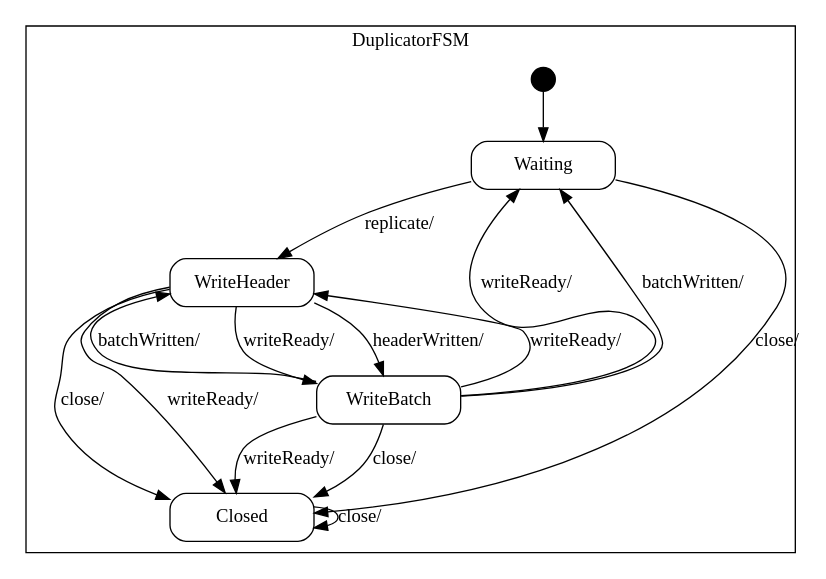
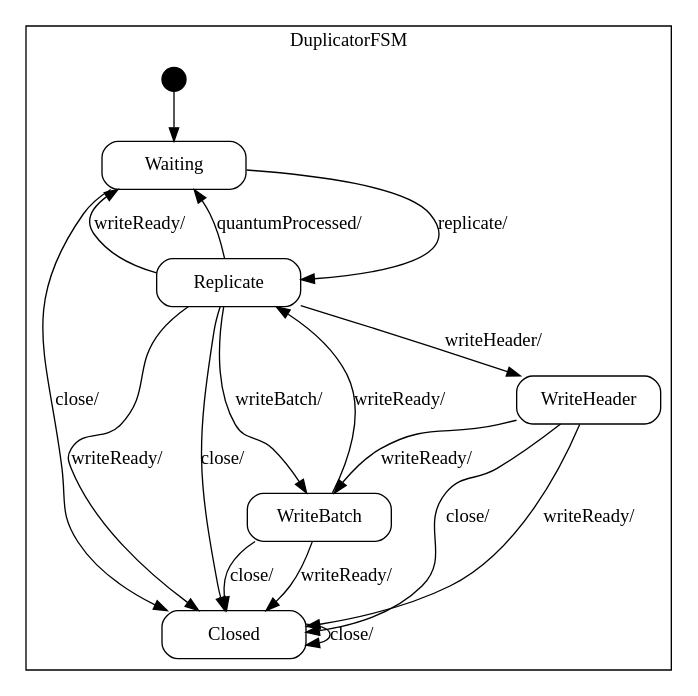
Before and after one commit to vmehra-sfdc/Ouroboros: the diagram in spindle/doc/Duplicator_sm.dot, drawn with Graphviz. The commit also changed 16 other files, not shown here.

```diff
--- a/spindle/doc/Duplicator_sm.dot
+++ b/spindle/doc/Duplicator_sm.dot
@@ -1,75 +1,84 @@
 digraph Duplicator {
 
     node
         [shape=Mrecord width=1.5];
 
     subgraph cluster_DuplicatorFSM {
 
         label="DuplicatorFSM";
 
         //
         // States (Nodes)
         //
 
         "DuplicatorFSM::Waiting"
             [label="{Waiting}"];
+
+        "DuplicatorFSM::Replicate"
+            [label="{Replicate}"];
 
         "DuplicatorFSM::WriteHeader"
             [label="{WriteHeader}"];
 
         "DuplicatorFSM::WriteBatch"
             [label="{WriteBatch}"];
 
         "DuplicatorFSM::Closed"
             [label="{Closed}"];
 
         "%start"
             [label="" shape=circle style=filled fillcolor=black width=0.25];
 
         //
         // Transitions (Edges)
         //
 
-        "DuplicatorFSM::Waiting" -> "DuplicatorFSM::WriteHeader"
+        "DuplicatorFSM::Waiting" -> "DuplicatorFSM::Replicate"
             [label="replicate/\l"];
 
         "DuplicatorFSM::Waiting" -> "DuplicatorFSM::Closed"
+            [label="close/\l"];
+
+        "DuplicatorFSM::Replicate" -> "DuplicatorFSM::Closed"
+            [label="writeReady/\l"];
+
+        "DuplicatorFSM::Replicate" -> "DuplicatorFSM::Waiting"
+            [label="writeReady/\l"];
+
+        "DuplicatorFSM::Replicate" -> "DuplicatorFSM::WriteHeader"
+            [label="writeHeader/\l"];
+
+        "DuplicatorFSM::Replicate" -> "DuplicatorFSM::WriteBatch"
+            [label="writeBatch/\l"];
+
+        "DuplicatorFSM::Replicate" -> "DuplicatorFSM::Waiting"
+            [label="quantumProcessed/\l"];
+
+        "DuplicatorFSM::Replicate" -> "DuplicatorFSM::Closed"
             [label="close/\l"];
 
         "DuplicatorFSM::WriteHeader" -> "DuplicatorFSM::Closed"
             [label="writeReady/\l"];
 
         "DuplicatorFSM::WriteHeader" -> "DuplicatorFSM::WriteBatch"
             [label="writeReady/\l"];
 
-        "DuplicatorFSM::WriteHeader" -> "DuplicatorFSM::WriteBatch"
-            [label="headerWritten/\l"];
-
         "DuplicatorFSM::WriteHeader" -> "DuplicatorFSM::Closed"
             [label="close/\l"];
 
         "DuplicatorFSM::WriteBatch" -> "DuplicatorFSM::Closed"
             [label="writeReady/\l"];
 
-        "DuplicatorFSM::WriteBatch" -> "DuplicatorFSM::WriteHeader"
+        "DuplicatorFSM::WriteBatch" -> "DuplicatorFSM::Replicate"
             [label="writeReady/\l"];
-
-        "DuplicatorFSM::WriteBatch" -> "DuplicatorFSM::Waiting"
-            [label="writeReady/\l"];
-
-        "DuplicatorFSM::WriteBatch" -> "DuplicatorFSM::WriteHeader"
-            [label="batchWritten/\l"];
-
-        "DuplicatorFSM::WriteBatch" -> "DuplicatorFSM::Waiting"
-            [label="batchWritten/\l"];
 
         "DuplicatorFSM::WriteBatch" -> "DuplicatorFSM::Closed"
             [label="close/\l"];
 
         "DuplicatorFSM::Closed" -> "DuplicatorFSM::Closed"
             [label="close/\l"];
 
         "%start" -> "DuplicatorFSM::Waiting"
     }
 
 }
```
